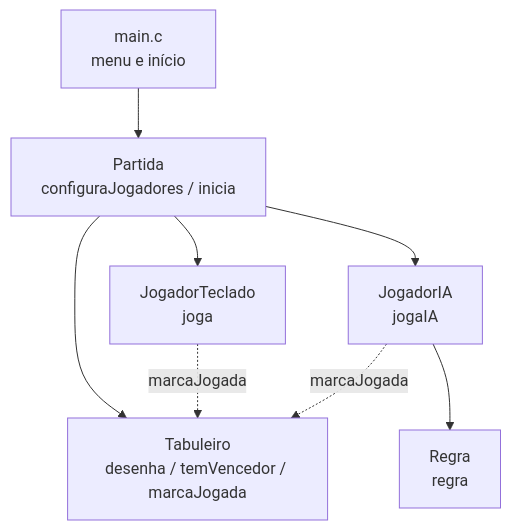
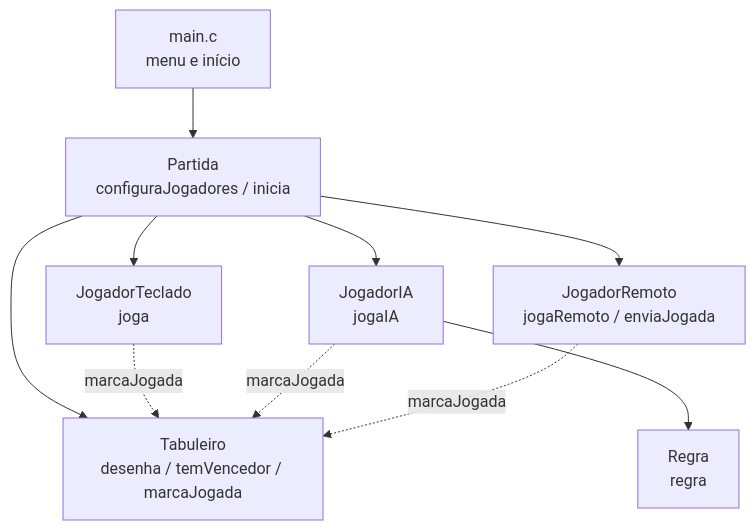
One commit to gabriela-alves07/jogo-da-velha changed the diagram in README.md. Above: the diagram before and after it, drawn with Mermaid. The commit also changed other lines of this file, not shown here.

````diff
--- a/README.md
+++ b/README.md
@@ -86,11 +102,13 @@
 ```mermaid
 flowchart TD
     main[main.c<br/>menu e início] --> Partida
     Partida[Partida<br/>configuraJogadores / inicia] --> Tabuleiro
     Partida --> JogadorTeclado[JogadorTeclado<br/>joga]
     Partida --> JogadorIA[JogadorIA<br/>jogaIA]
+    Partida --> JogadorRemoto[JogadorRemoto<br/>jogaRemoto / enviaJogada]
     JogadorIA --> Regra[Regra<br/>regra]
     JogadorTeclado -.->|marcaJogada| Tabuleiro
     JogadorIA -.->|marcaJogada| Tabuleiro
+    JogadorRemoto -.->|marcaJogada| Tabuleiro
     Tabuleiro[Tabuleiro<br/>desenha / temVencedor / marcaJogada]
 ```
````
